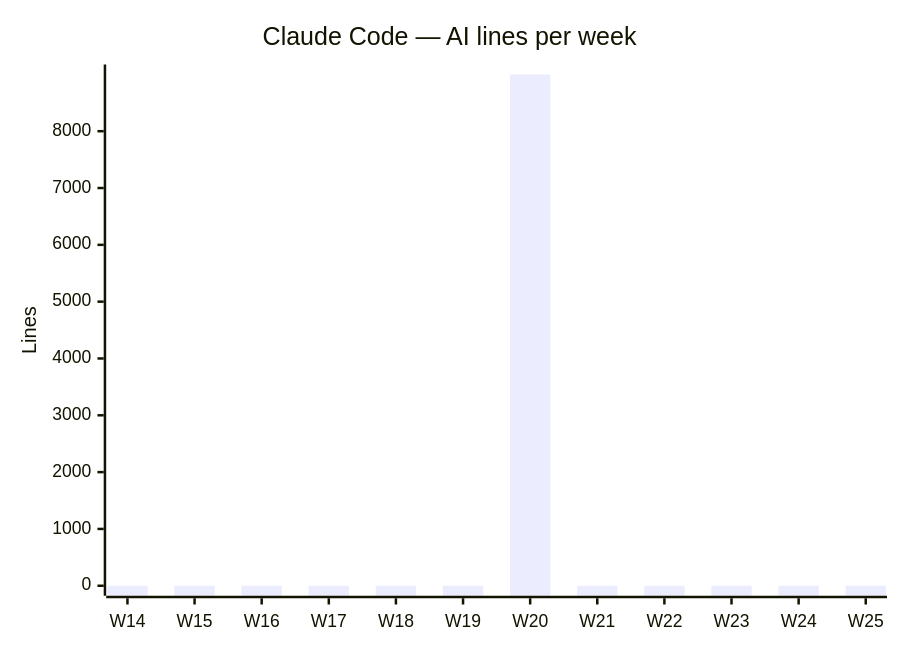
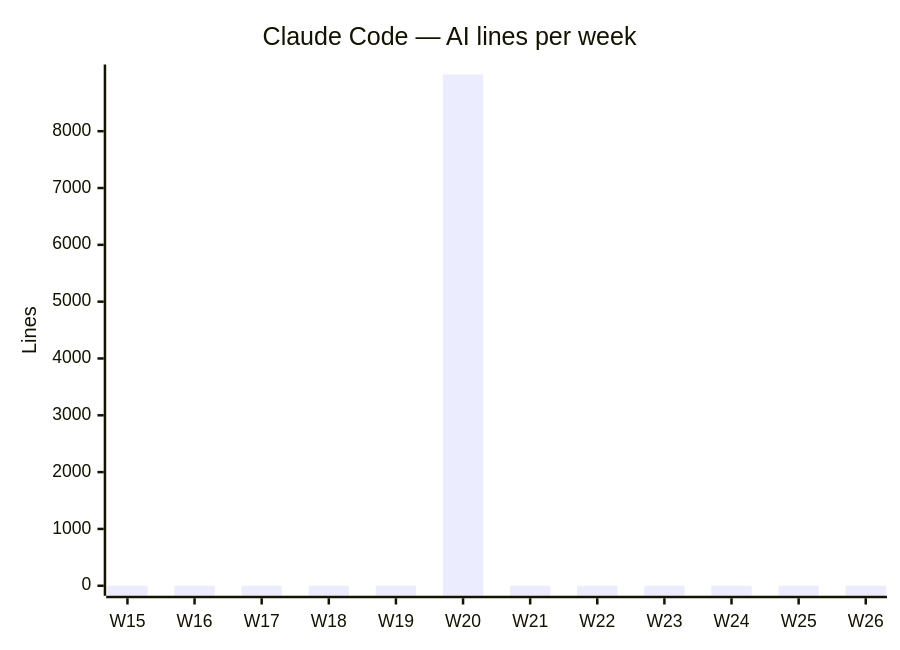
One commit to fromwaydowntown/ai-use changed the second of 4 diagrams in docs/AI_USAGE.md. Above: the diagram before and after it, drawn with Mermaid. The commit also changed other lines of this file, not shown here.

````diff
--- a/docs/AI_USAGE.md
+++ b/docs/AI_USAGE.md
@@ -29,7 +29,7 @@
 ```mermaid
 xychart-beta
     title "Claude Code — AI lines per week"
-    x-axis ["W14", "W15", "W16", "W17", "W18", "W19", "W20", "W21", "W22", "W23", "W24", "W25"]
+    x-axis ["W15", "W16", "W17", "W18", "W19", "W20", "W21", "W22", "W23", "W24", "W25", "W26"]
     y-axis "Lines"
-    bar [0, 0, 0, 0, 0, 0, 8998, 0, 0, 0, 0, 0]
+    bar [0, 0, 0, 0, 0, 8998, 0, 0, 0, 0, 0, 0]
 ```
````
